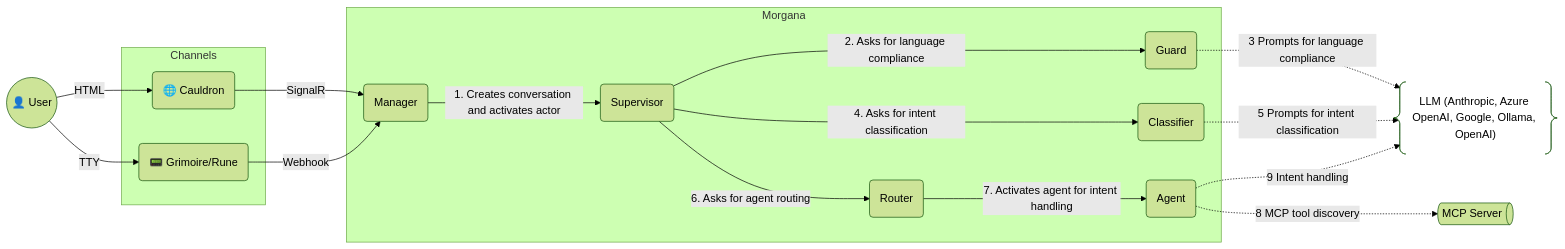
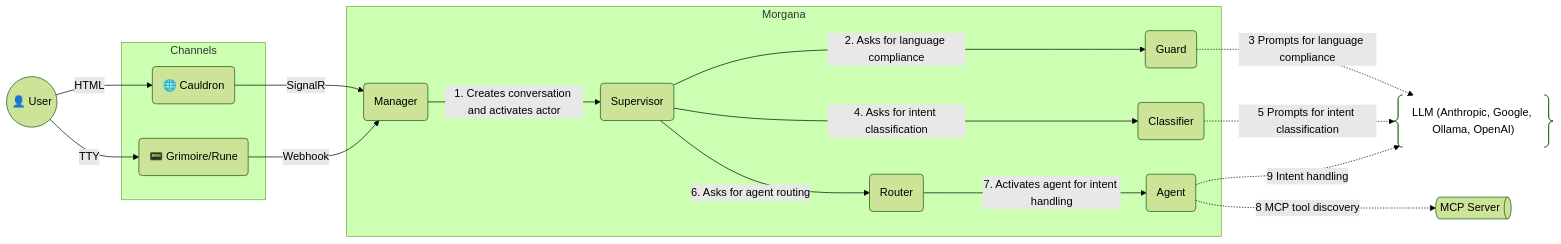
Before and after one commit to mdesalvo/Morgana: the first of 2 diagrams in README.md, drawn with Mermaid (forest theme). The commit also changed 20 other files, not shown here.

Commit message:
Azure OpenAI leaves the distribution: whoever needs it builds the plugin the same way

````diff
--- a/README.md
+++ b/README.md
@@ -50,42 +50,42 @@
 ```mermaid
 graph LR
   U@{shape: circle, label: "👤 User"}
 
   %% Channels (reference clients, out-of-the-box)
   subgraph Channels["Channels"]
     CLD@{shape: rounded, label: "🌐 Cauldron"}
     RUN@{shape: rounded, label: "📟 Grimoire/Rune"}
   end
 
   %% Backend boundary
   subgraph Morgana["Morgana"]
     CM@{shape: rounded, label: "Manager"}
     SV@{shape: rounded, label: "Supervisor"}
 
     G@{shape: rounded, label: "Guard"}
     C@{shape: rounded, label: "Classifier"}
     R@{shape: rounded, label: "Router"}
     MA@{shape: rounded, label: "Agent"}
   end
 
   %% User → Channel
   U -- HTML --> CLD
   U -- TTY --> RUN
 
   %% Channel → BE
   CLD -- SignalR --> CM
   RUN -- Webhook --> CM
   CM -- 1. Creates conversation and activates actor --> SV
 
   %% Internal BE flow
   SV -- 2. Asks for language compliance --> G
   SV -- 4. Asks for intent classification --> C
   SV -- 6. Asks for agent routing --> R
   R -- 7. Activates agent for intent handling --> MA
 
   %% External systems
-  G -. 3 Prompts for language compliance .-> LLM@{shape: braces, label: "LLM (Anthropic, Azure OpenAI, Google, Ollama, OpenAI)"}
+  G -. 3 Prompts for language compliance .-> LLM@{shape: braces, label: "LLM (Anthropic, Google, Ollama, OpenAI)"}
   C -. 5 Prompts for intent classification .-> LLM
   MA -. 8 MCP tool discovery .-> MCP@{shape: das, label: "MCP Server"}
   MA -. 9 Intent handling .-> LLM
 ```
````
